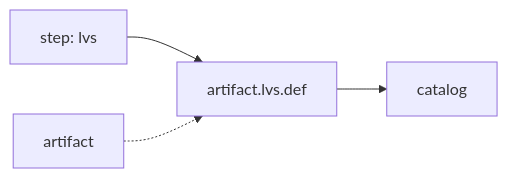
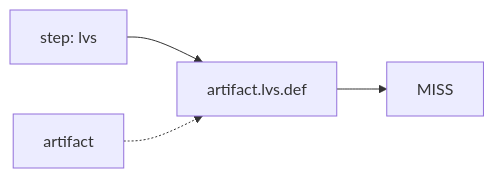
Before and after one commit to openecos-projects/ecc: diagram 22 of 53 in .github/signoff-board/signoff-kanban.md, drawn with Mermaid. The commit also changed other lines of this file and 2 other files, not shown here.

First line of the commit message:
feat(signoff): add performance / iSTA catalog slots (43 metrics)

````diff
--- a/.github/signoff-board/signoff-kanban.md
+++ b/.github/signoff-board/signoff-kanban.md
@@ -503,6 +535,6 @@
 ```mermaid
 flowchart LR
   step_artifact_lvs_def["step: lvs"] --> metric_artifact_lvs_def["artifact.lvs.def"]
-  metric_artifact_lvs_def --> state_artifact_lvs_def["catalog"]
+  metric_artifact_lvs_def --> state_artifact_lvs_def["MISS"]
   cat_artifact_lvs_def["artifact"] -.-> metric_artifact_lvs_def
 ```
````
